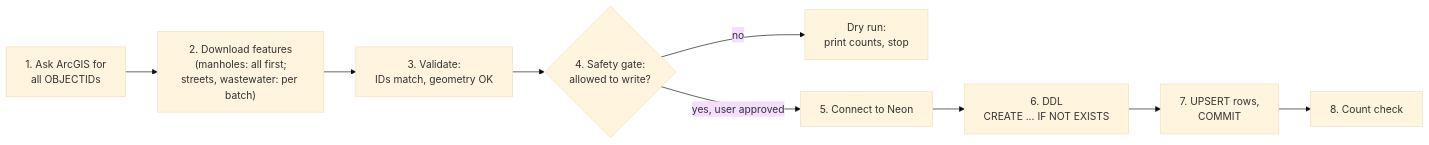
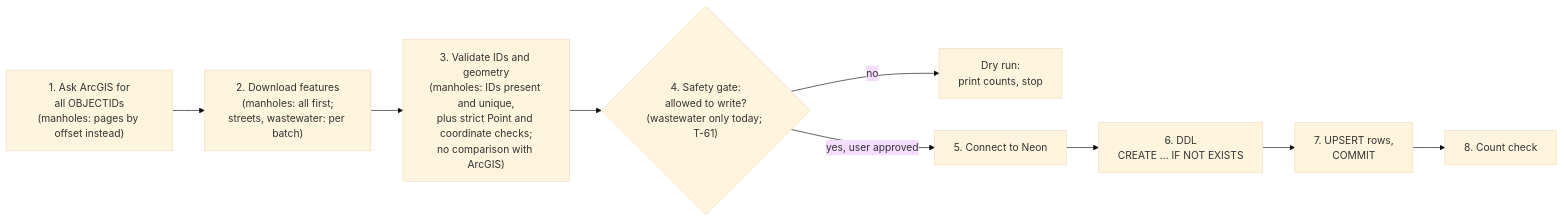
Before and after one commit to adrianfarhat/orlando-infrastructure-etl: the first of 5 diagrams in docs/architecture/etl-workflow.md, drawn with Mermaid (base theme). The commit also changed other lines of this file and 7 other files, not shown here.

First line of the commit message:
Move task status to GitHub Project, add docs conventions, and correct ETL diagram accuracy (#2)

````diff
--- a/docs/architecture/etl-workflow.md
+++ b/docs/architecture/etl-workflow.md
@@ -27,11 +29,12 @@
 ```mermaid
 flowchart LR
-  A["1. Ask ArcGIS for<br/>all OBJECTIDs"] --> B["2. Download features<br/>(manholes: all first;<br/>streets, wastewater: per batch)"]
-  B --> C["3. Validate:<br/>IDs match, geometry OK"]
-  C --> D{"4. Safety gate:<br/>allowed to write?"}
+  %% diagram-type: process
+  A["1. Ask ArcGIS for<br/>all OBJECTIDs<br/>(manholes: pages by offset instead)"] --> B["2. Download features<br/>(manholes: all first;<br/>streets, wastewater: per batch)"]
+  B --> C["3. Validate IDs and geometry<br/>(manholes: IDs present and unique,<br/>plus strict Point and coordinate checks;<br/>no comparison with ArcGIS)"]
+  C --> D{"4. Safety gate:<br/>allowed to write?<br/>(wastewater only today; T-61)"}
   D -->|"no"| E["Dry run:<br/>print counts, stop"]
   D -->|"yes, user approved"| F["5. Connect to Neon"]
   F --> G["6. DDL<br/>CREATE ... IF NOT EXISTS"]
   G --> H["7. UPSERT rows,<br/>COMMIT"]
   H --> I["8. Count check"]
 ```
````
